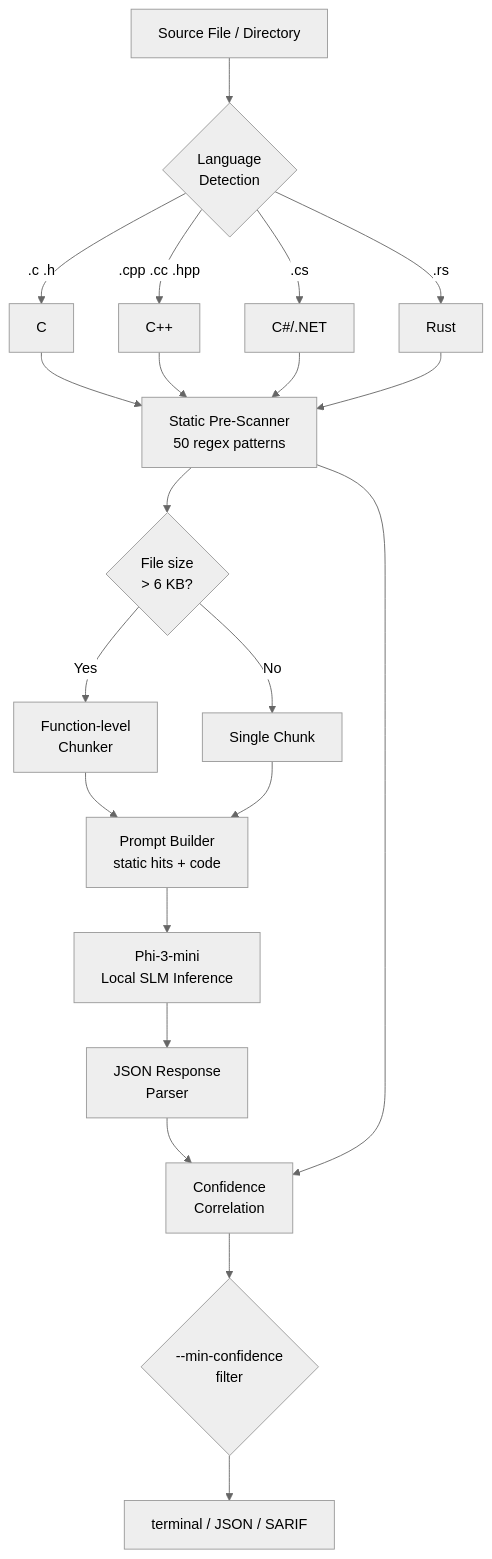
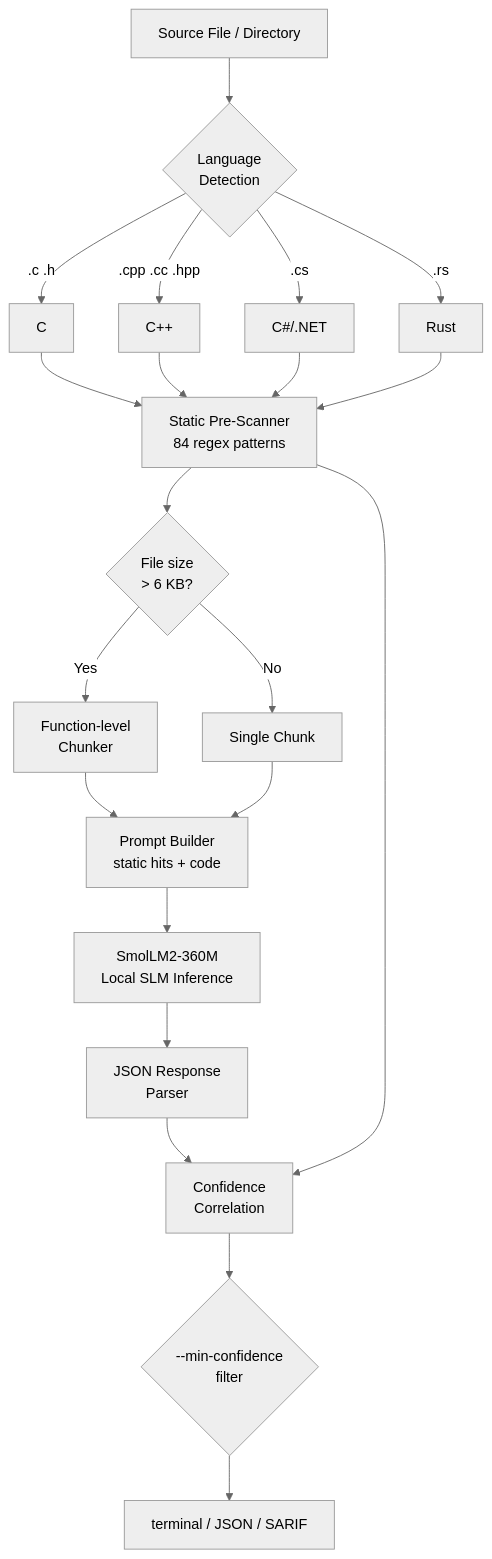
Before and after one commit to anubhavg-icpl/slm-l: the diagram in README.md, drawn with Mermaid (neutral theme). The commit also changed other lines of this file, not shown here.

First line of the commit message:
docs: align README with SmolLM2-360M default and new presets

````diff
--- a/README.md
+++ b/README.md
@@ -63,21 +63,21 @@
 ```mermaid
 flowchart TD
     A[Source File / Directory] --> B{Language\nDetection}
     B -->|.c .h| C[C]
     B -->|.cpp .cc .hpp| D[C++]
     B -->|.cs| E[C#/.NET]
     B -->|.rs| F[Rust]
 
-    C & D & E & F --> G[Static Pre-Scanner\n50 regex patterns]
+    C & D & E & F --> G[Static Pre-Scanner\n84 regex patterns]
     G --> H{File size\n> 6 KB?}
     H -->|Yes| I[Function-level\nChunker]
     H -->|No| J[Single Chunk]
     I & J --> K[Prompt Builder\nstatic hits + code]
 
-    K --> L[Phi-3-mini\nLocal SLM Inference]
+    K --> L[SmolLM2-360M\nLocal SLM Inference]
     L --> M[JSON Response\nParser]
     M --> N[Confidence\nCorrelation]
     G --> N
     N --> O{--min-confidence\nfilter}
     O --> P[terminal / JSON / SARIF]
 ```
````
